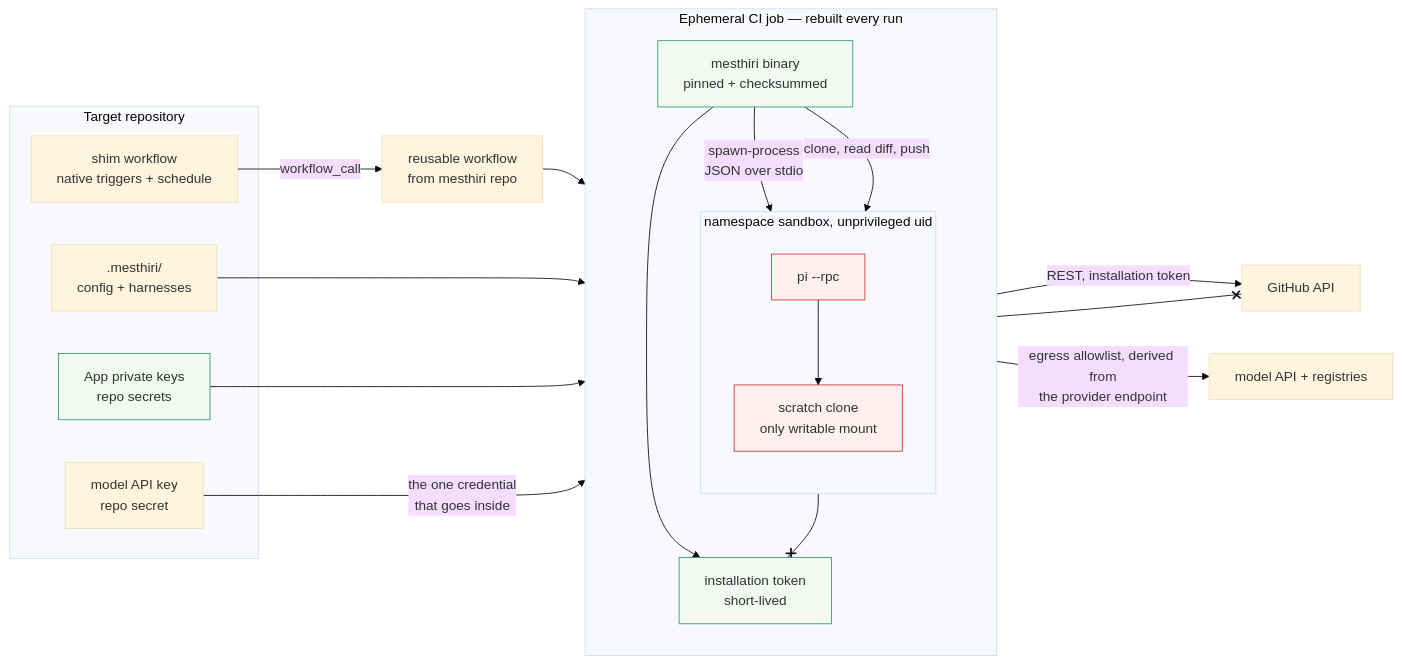
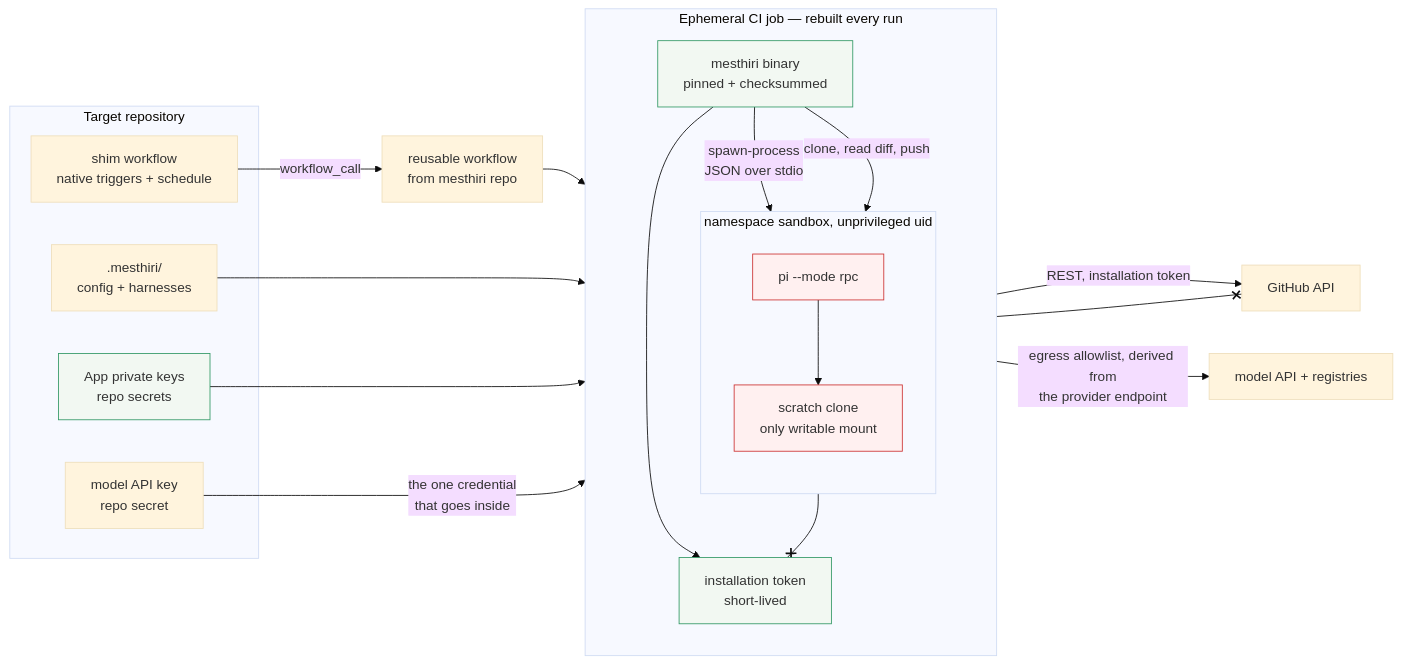
The first of 7 diagrams in docs/architecture.md (mesthiri/mesthiri), drawn with Mermaid (base theme) before and after one commit. The commit also changed 6 other files, not shown here.

````diff
--- a/docs/architecture.md
+++ b/docs/architecture.md
@@ -16,39 +16,39 @@
 ```mermaid
 flowchart LR
   subgraph repo["Target repository"]
     shim["shim workflow<br/>native triggers + schedule"]
     cfg[".mesthiri/<br/>config + harnesses"]
     appkeys["App private keys<br/>repo secrets"]
     modelkey["model API key<br/>repo secret"]
   end
 
   subgraph job["Ephemeral CI job — rebuilt every run"]
     direction TB
     bin["mesthiri binary<br/>pinned + checksummed"]
     tok["installation token<br/>short-lived"]
     subgraph sbx["namespace sandbox, unprivileged uid"]
       direction TB
-      agent["pi --rpc"]
+      agent["pi --mode rpc"]
       clone["scratch clone<br/>only writable mount"]
     end
     bin --> tok
     bin -->|"spawn-process<br/>JSON over stdio"| agent
     bin -->|"clone, read diff, push"| clone
     agent --> clone
   end
 
   shim -->|"workflow_call"| reusable["reusable workflow<br/>from mesthiri repo"]
   reusable --> bin
   cfg --> bin
   appkeys --> bin
   modelkey -->|"the one credential<br/>that goes inside"| agent
   bin -->|"REST, installation token"| gh["GitHub API"]
   agent -->|"egress allowlist, derived from<br/>the provider endpoint"| net["model API + registries"]
   agent --x gh
   agent --x tok
 
   classDef danger fill:#fff0f0,stroke:#c33
   classDef safe fill:#f2f8f2,stroke:#396
   class agent,clone danger
   class bin,tok,appkeys safe
 ```
````
